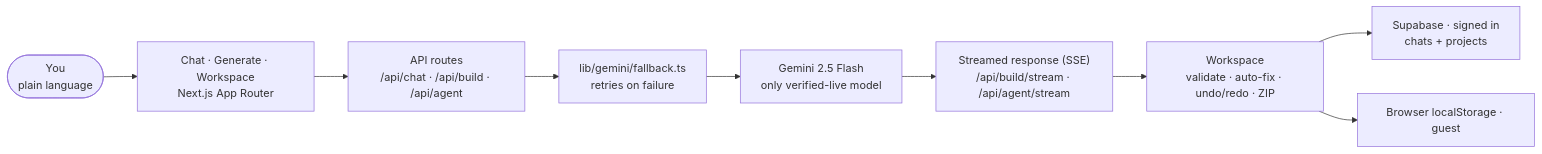
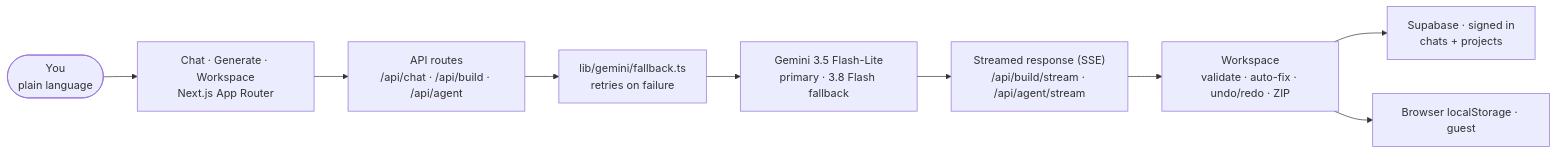
The diagram in README.md (thiteswapnil1212-hue/ANVIX-AI), drawn with Mermaid before and after one commit. The commit also changed other lines of this file and 16 other files, not shown here.

First line of the commit message:
Migrate Gemini model from retired 2.5 Flash to 3.5 Flash-Lite (fallback 3.8 Flash)

````diff
--- a/README.md
+++ b/README.md
@@ -46,11 +46,11 @@
 ```mermaid
 flowchart LR
     User([You<br/>plain language]) --> UI["Chat · Generate · Workspace<br/>Next.js App Router"]
     UI --> API["API routes<br/>/api/chat · /api/build · /api/agent"]
     API --> FB["lib/gemini/fallback.ts<br/>retries on failure"]
-    FB --> Gem["Gemini 2.5 Flash<br/>only verified-live model"]
+    FB --> Gem["Gemini 3.5 Flash-Lite<br/>primary · 3.8 Flash fallback"]
     Gem --> Stream["Streamed response (SSE)<br/>/api/build/stream · /api/agent/stream"]
     Stream --> WS["Workspace<br/>validate · auto-fix · undo/redo · ZIP"]
     WS --> Store["Supabase · signed in<br/>chats + projects"]
     WS --> Guest["Browser localStorage · guest"]
 ```
````
